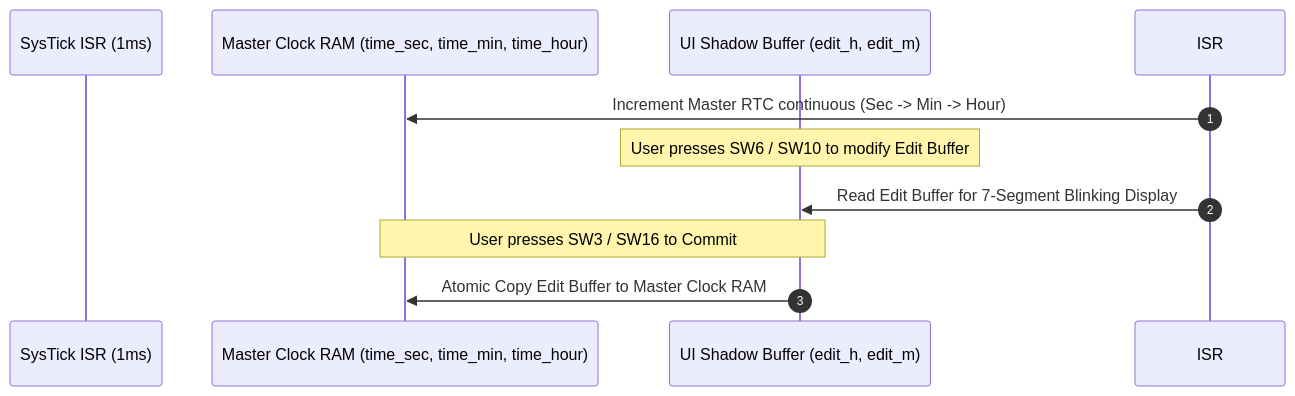
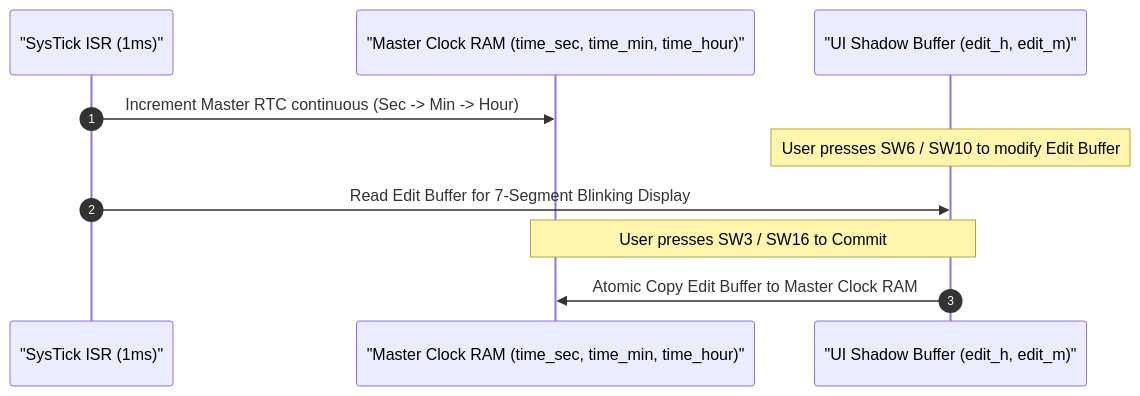
The third of 4 diagrams in MCU_Contest_2026/README.md (zok213/porygon), drawn with Mermaid before and after one commit. The commit also changed other lines of this file and 1 other file, not shown here.

Commit message:
docs: Update READMEs with complete contest specifications, scoring matrix, and fixed Mermaid rendering syntax

````diff
--- a/MCU_Contest_2026/README.md
+++ b/MCU_Contest_2026/README.md
@@ -75,13 +88,13 @@
 ```mermaid
 sequenceDiagram
     autonumber
-    participant HW as SysTick ISR (1ms)
-    participant Master as Master Clock RAM (time_sec, time_min, time_hour)
-    participant UI as UI Shadow Buffer (edit_h, edit_m)
+    participant ISR as "SysTick ISR (1ms)"
+    participant Master as "Master Clock RAM (time_sec, time_min, time_hour)"
+    participant UI as "UI Shadow Buffer (edit_h, edit_m)"
     
     ISR->>Master: Increment Master RTC continuous (Sec -> Min -> Hour)
     Note over UI: User presses SW6 / SW10 to modify Edit Buffer
     ISR->>UI: Read Edit Buffer for 7-Segment Blinking Display
     Note over Master,UI: User presses SW3 / SW16 to Commit
     UI->>Master: Atomic Copy Edit Buffer to Master Clock RAM
 ```
````
